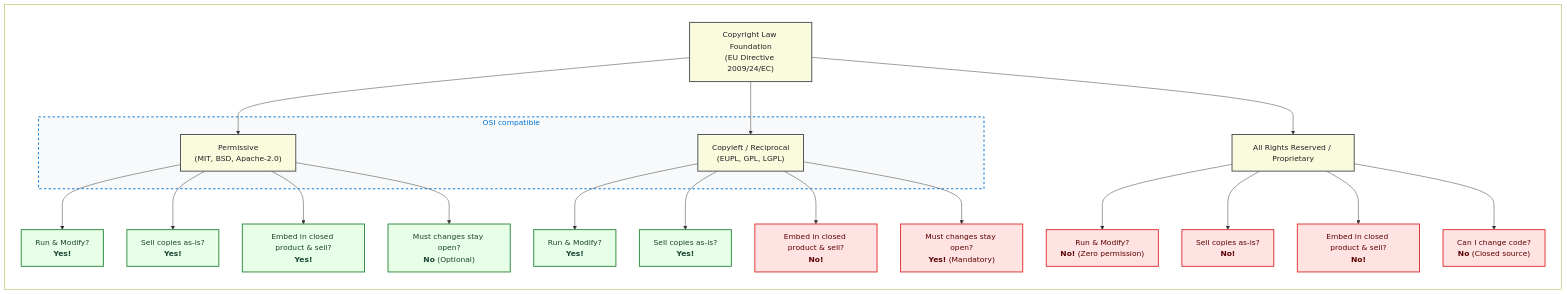
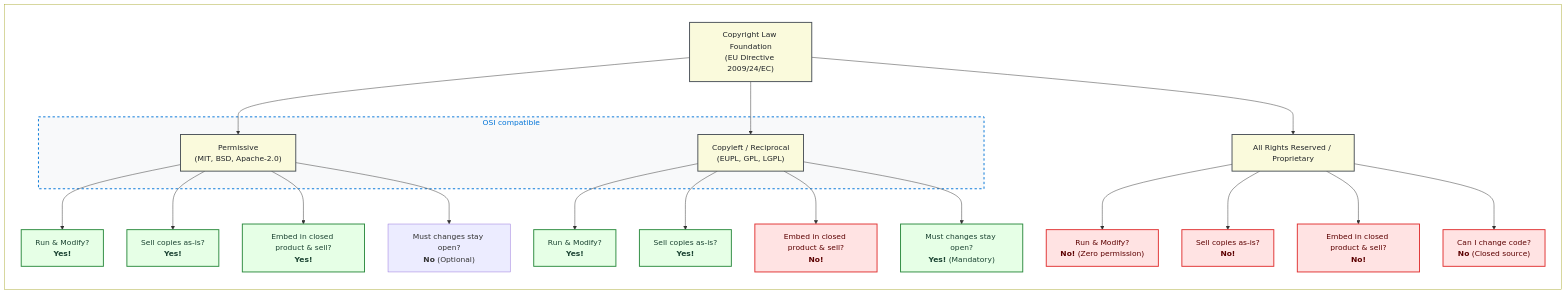
The third of 3 diagrams in content/software-licensing.md (coderefinery/social-coding), drawn with Mermaid before and after one commit. The commit also changed other lines of this file, not shown here.

Commit message:
Update introduction mermaid to intergrate the license clasification

````diff
--- a/content/software-licensing.md
+++ b/content/software-licensing.md
@@ -163,40 +165,40 @@
 ```{mermaid}
    flowchart LR
      subgraph box[ ]
        A["Copyright Law Foundation<br/>(EU Directive 2009/24/EC)"] --> B["Permissive<br/>(MIT, BSD, Apache-2.0)"]
        A --> C["Copyleft / Reciprocal<br/>(EUPL, GPL, LGPL)"]
        A --> D["All Rights Reserved / Proprietary"]
    
        B --> B1["Run & Modify?<br/><b>Yes!</b>"]
        B --> B2["Sell copies as-is?<br/><b>Yes!</b>"]
        B --> B3["Embed in closed product & sell?<br/><b>Yes!</b>"]
        B --> B4["Must changes stay open?<br/><b>No</b> (Optional)"]
    
        C --> C1["Run & Modify?<br/><b>Yes!</b>"]
        C --> C2["Sell copies as-is?<br/><b>Yes!</b>"]
        C --> C3["Embed in closed product & sell?<br/><b>No!</b>"]
        C --> C4["Must changes stay open?<br/><b>Yes!</b> (Mandatory)"]
    
        D --> D1["Run & Modify?<br/><b>No!</b> (Zero permission)"]
        D --> D2["Sell copies as-is?<br/><b>No!</b>"]
        D --> D3["Embed in closed product & sell?<br/><b>No!</b>"]
        D --> D4["Can I change code?<br/><b>No</b> (Closed source)"]
        subgraph osi["OSI compatible"]
            B["Permissive<br/>(MIT, BSD, Apache-2.0)"]
            C["Copyleft / Reciprocal<br/>(EUPL, GPL, LGPL)"]
          end
      end
-       classDef permissive fill:#e6ffe6,stroke:#2b8a3e,stroke-width:2px,color:#1b4332;
+       classDef green fill:#e6ffe6,stroke:#2b8a3e,stroke-width:2px,color:#1b4332;
        classDef copyleft fill:#fff9db,stroke:#f59f00,stroke-width:2px,color:#5c3c00;
-       classDef proprietary fill:#ffe3e3,stroke:#e03131,stroke-width:2px,color:#5c0000;
+       classDef red fill:#ffe3e3,stroke:#e03131,stroke-width:2px,color:#5c0000;
        classDef header fill:#f8f9fa,stroke:#495057,stroke-width:2px,color:#212529;
        classDef mains fill:#fafadc,stroke:#495057,stroke-width:2px,color:#212529;
        classDef osiBox fill:#f8f9fa,stroke:#0275d8,stroke-width:2px,stroke-dasharray: 5 5,color:#0275d8;
        classDef box fill:#ffffff;
-       class B1,B2,B3,B4,C1,C2 permissive;
-       class C3,C4,D1,D2,D3,D4 proprietary;
+       class B1,B2,B3,C1,C2,C4 green;
+       class C3,D1,D2,D3,D4 red;
        class box box; 
        class A,B,C,D mains;
        class osi osiBox;
 
 ```
````
